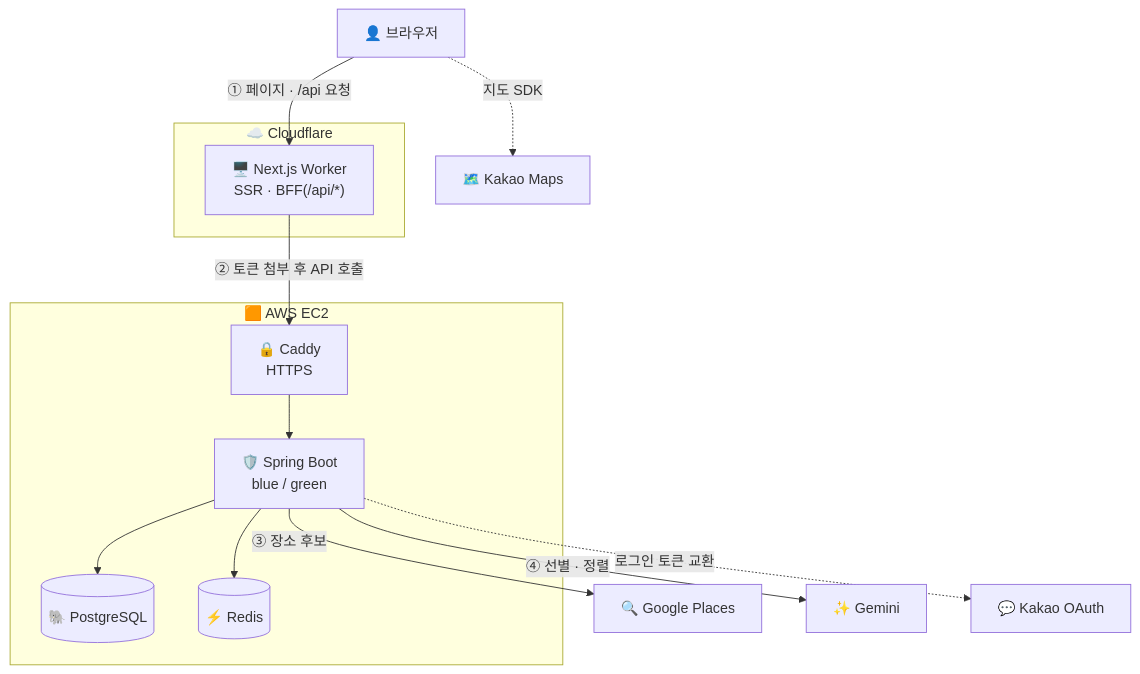
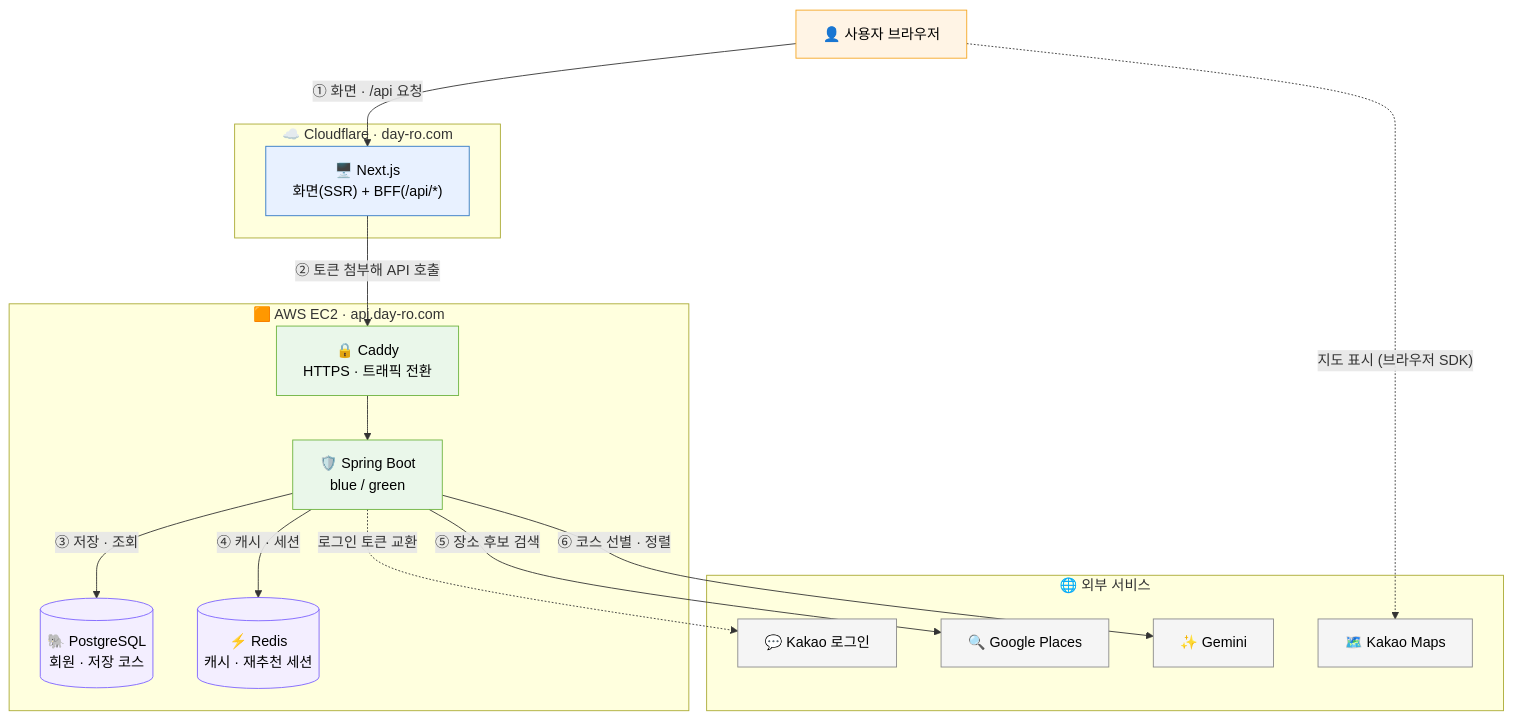
The second of 5 diagrams in README.md (kyungchan3007/day-ro-deploy), drawn with Mermaid before and after one commit. The commit also changed other lines of this file, not shown here.

Commit message:
2026-10-10 FE docs: README 다이어그램 보강 (아키텍처·코스 생성·로그인·배포·레이어)

````diff
--- a/README.md
+++ b/README.md
@@ -135,27 +142,43 @@
 ```mermaid
 flowchart TD
-    U["👤 브라우저"]
-    subgraph CF["☁️ Cloudflare"]
-        W["🖥️ Next.js Worker<br/>SSR · BFF(/api/*)"]
+    U["👤 사용자 브라우저"]
+
+    subgraph CF["☁️ Cloudflare · day-ro.com"]
+        W["🖥️ Next.js<br/>화면(SSR) + BFF(/api/*)"]
     end
-    subgraph AWS["🟧 AWS EC2"]
-        C["🔒 Caddy<br/>HTTPS"]
+
+    subgraph AWS["🟧 AWS EC2 · api.day-ro.com"]
+        C["🔒 Caddy<br/>HTTPS · 트래픽 전환"]
         B["🛡️ Spring Boot<br/>blue / green"]
-        P[("🐘 PostgreSQL")]
-        R[("⚡ Redis")]
+        P[("🐘 PostgreSQL<br/>회원 · 저장 코스")]
+        R[("⚡ Redis<br/>캐시 · 재추천 세션")]
     end
-    G["🔍 Google Places"]
-    AI["✨ Gemini"]
-    K["💬 Kakao OAuth"]
-    M["🗺️ Kakao Maps"]
 
-    U -->|"① 페이지 · /api 요청"| W
-    W -->|"② 토큰 첨부 후 API 호출"| C
+    subgraph EXT["🌐 외부 서비스"]
+        K["💬 Kakao 로그인"]
+        G["🔍 Google Places"]
+        AI["✨ Gemini"]
+        M["🗺️ Kakao Maps"]
+    end
+
+    U -->|"① 화면 · /api 요청"| W
+    W -->|"② 토큰 첨부해 API 호출"| C
     C --> B
-    B --> P
-    B --> R
-    B -->|"③ 장소 후보"| G
-    B -->|"④ 선별 · 정렬"| AI
+    B -->|"③ 저장 · 조회"| P
+    B -->|"④ 캐시 · 세션"| R
+    B -->|"⑤ 장소 후보 검색"| G
+    B -->|"⑥ 코스 선별 · 정렬"| AI
     B -.->|"로그인 토큰 교환"| K
-    U -.->|"지도 SDK"| M
+    U -.->|"지도 표시 (브라우저 SDK)"| M
+
+    classDef user fill:#FFF4E5,stroke:#F5A623,color:#000
+    classDef fe fill:#E8F1FF,stroke:#3178C6,color:#000
+    classDef be fill:#EAF7EA,stroke:#6DB33F,color:#000
+    classDef data fill:#F3EEFF,stroke:#7B61FF,color:#000
+    classDef ext fill:#F5F5F5,stroke:#8A8A8A,color:#000
+    class U user
+    class W fe
+    class C,B be
+    class P,R data
+    class K,G,AI,M ext
 ```
````
